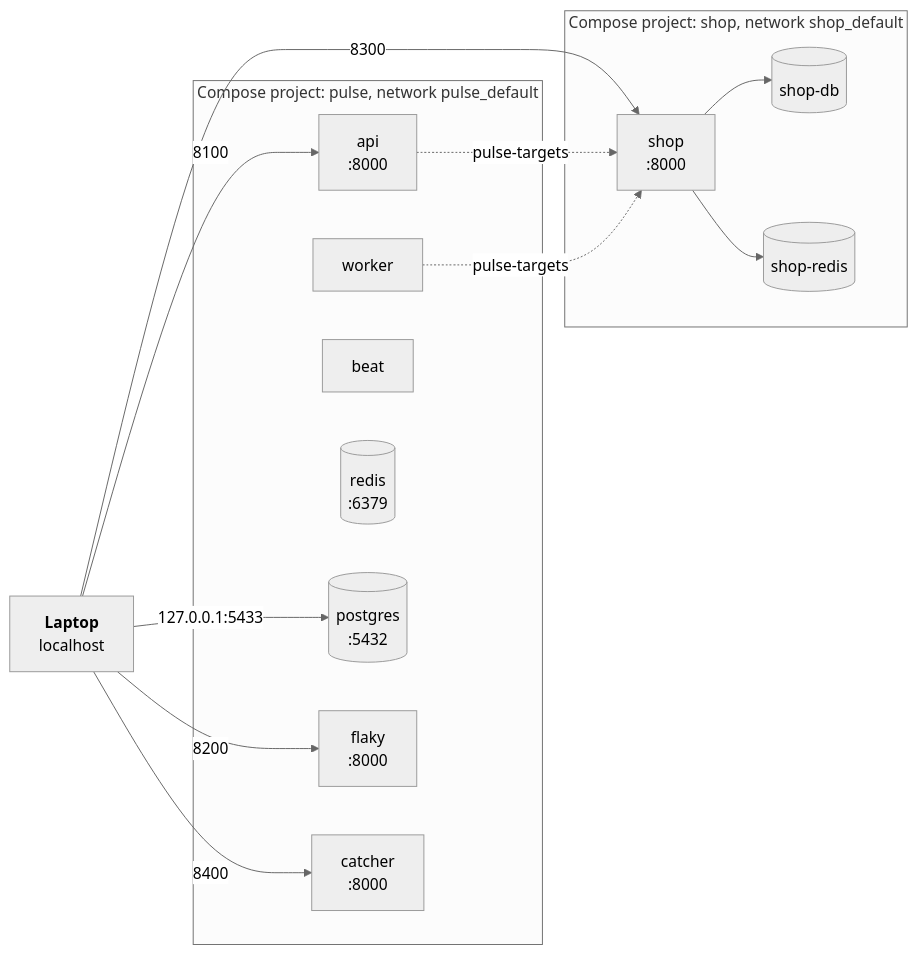
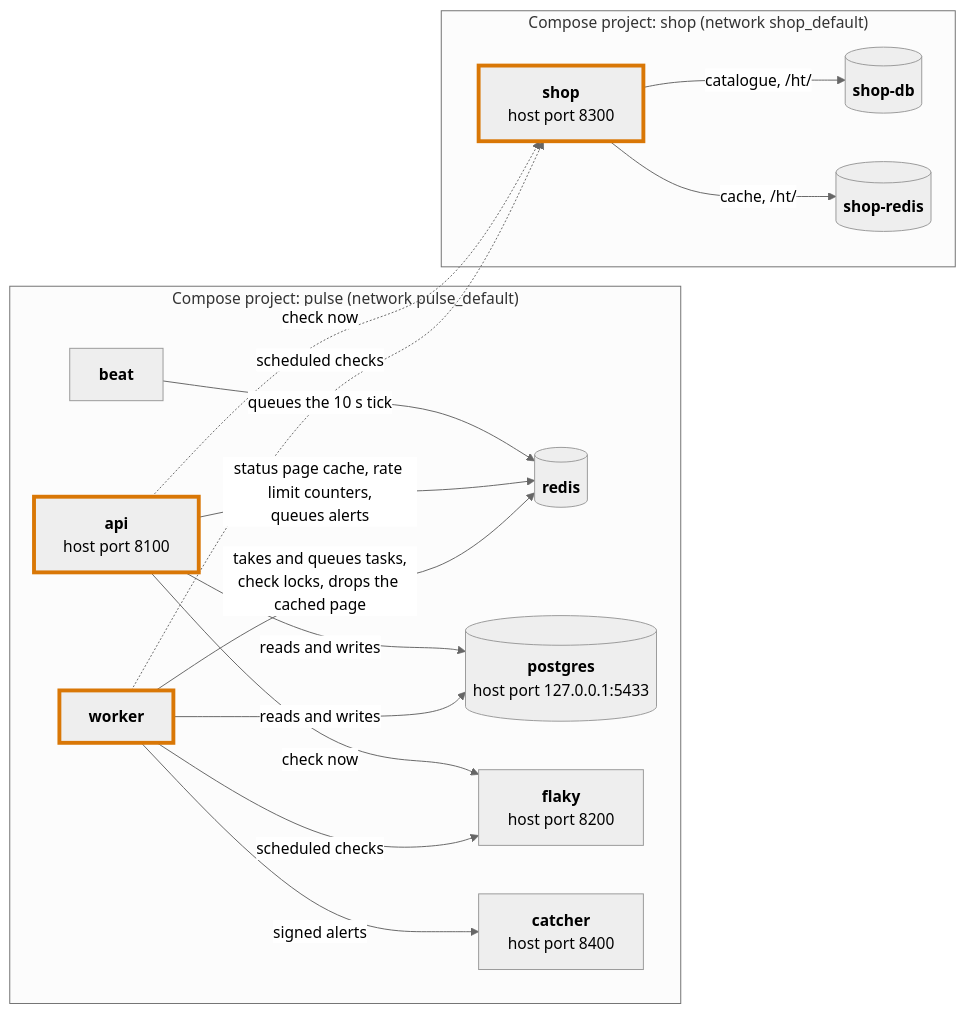
Before and after one commit to wbaghdadi20/pulse: the third of 13 diagrams in ARCHITECTURE.md, drawn with Mermaid (neutral theme). The commit also changed other lines of this file and 1 other file, not shown here.

Commit message:
docs: one diagram of every service, and the main decisions as records

````diff
--- a/ARCHITECTURE.md
+++ b/ARCHITECTURE.md
@@ -112,30 +112,34 @@
 ```mermaid
 flowchart LR
-    host["<b>Laptop</b><br/>localhost"]
-
-    subgraph pulseproj ["Compose project: pulse, network pulse_default"]
-        api["api<br/>:8000"]
-        worker["worker"]
-        beat["beat"]
-        redis[("redis<br/>:6379")]
-        postgres[("postgres<br/>:5432")]
-        flaky["flaky<br/>:8000"]
-        catcher["catcher<br/>:8000"]
+    subgraph pulseproj ["Compose project: pulse (network pulse_default)"]
+        beat["<b>beat</b>"]
+        api["<b>api</b><br/>host port 8100"]
+        worker["<b>worker</b>"]
+        redis[("<b>redis</b>")]
+        postgres[("<b>postgres</b><br/>host port 127.0.0.1:5433")]
+        flaky["<b>flaky</b><br/>host port 8200"]
+        catcher["<b>catcher</b><br/>host port 8400"]
     end
 
-    subgraph shopproj ["Compose project: shop, network shop_default"]
-        shop["shop<br/>:8000"]
-        shopdb[("shop-db")]
-        shopredis[("shop-redis")]
+    subgraph shopproj ["Compose project: shop (network shop_default)"]
+        shop["<b>shop</b><br/>host port 8300"]
+        shopdb[("<b>shop-db</b>")]
+        shopredis[("<b>shop-redis</b>")]
     end
 
-    host -- "8100" --> api
-    host -- "8200" --> flaky
-    host -- "8400" --> catcher
-    host -- "127.0.0.1:5433" --> postgres
-    host -- "8300" --> shop
-    api -. "pulse-targets" .-> shop
-    worker -. "pulse-targets" .-> shop
-    shop --> shopdb
-    shop --> shopredis
+    beat -- "queues the 10 s tick" --> redis
+    api -- "reads and writes" --> postgres
+    api -- "status page cache, rate limit counters,<br/>queues alerts" --> redis
+    worker -- "reads and writes" --> postgres
+    worker -- "takes and queues tasks,<br/>check locks, drops the cached page" --> redis
+    api -- "check now" --> flaky
+    worker -- "scheduled checks" --> flaky
+    worker -- "signed alerts" --> catcher
+    api -. "check now" .-> shop
+    worker -. "scheduled checks" .-> shop
+    shop -- "catalogue, /ht/" --> shopdb
+    shop -- "cache, /ht/" --> shopredis
+
+    classDef shared stroke:#d97706,stroke-width:4px
+    class api,worker,shop shared
 ```
````
